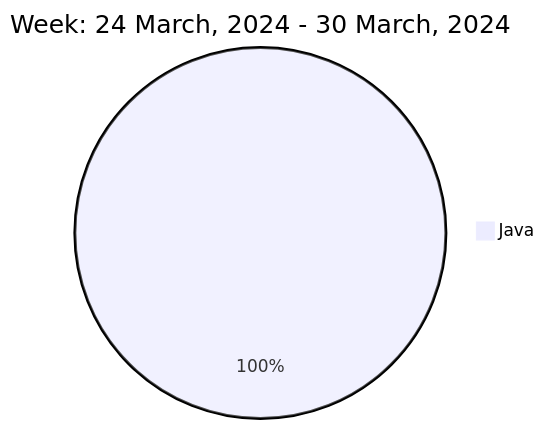
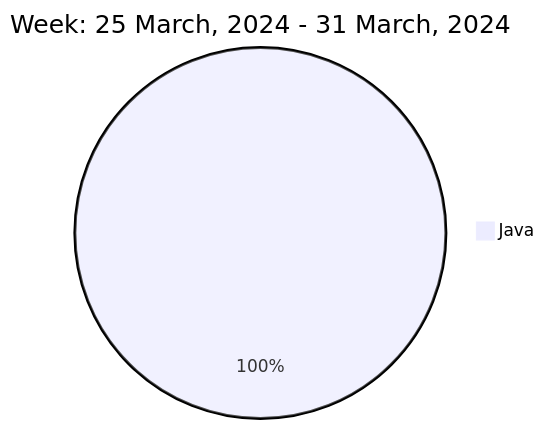
One commit to liubin95/liubin95 changed the diagram in README.md. Above: the diagram before and after it, drawn with Mermaid.

Commit message:
Updated the Graph with new Metrics

````diff
--- a/README.md
+++ b/README.md
@@ -37,5 +37,5 @@
 ```mermaid
  pie
-title Week: 24 March, 2024 - 30 March, 2024
- "Java" : 5.33
+title Week: 25 March, 2024 - 31 March, 2024
+ "Java" : 4.73
 ```
````
